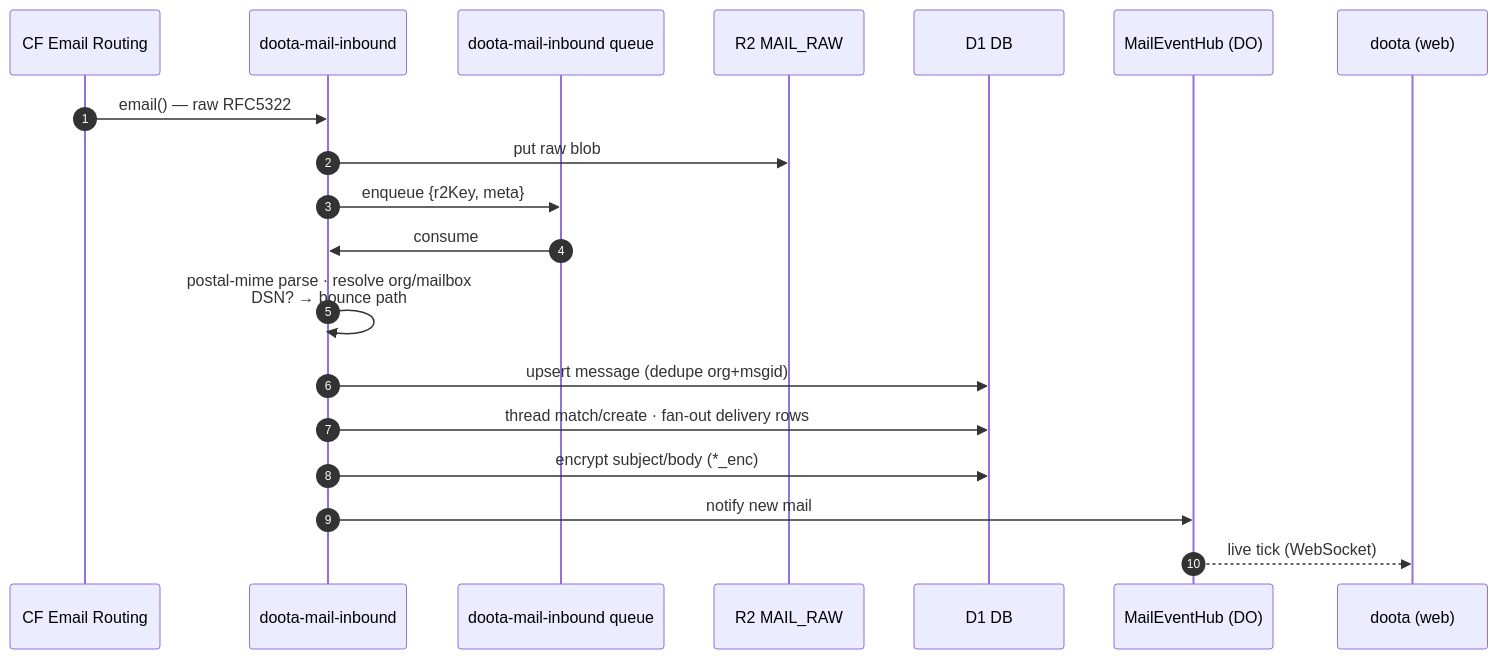
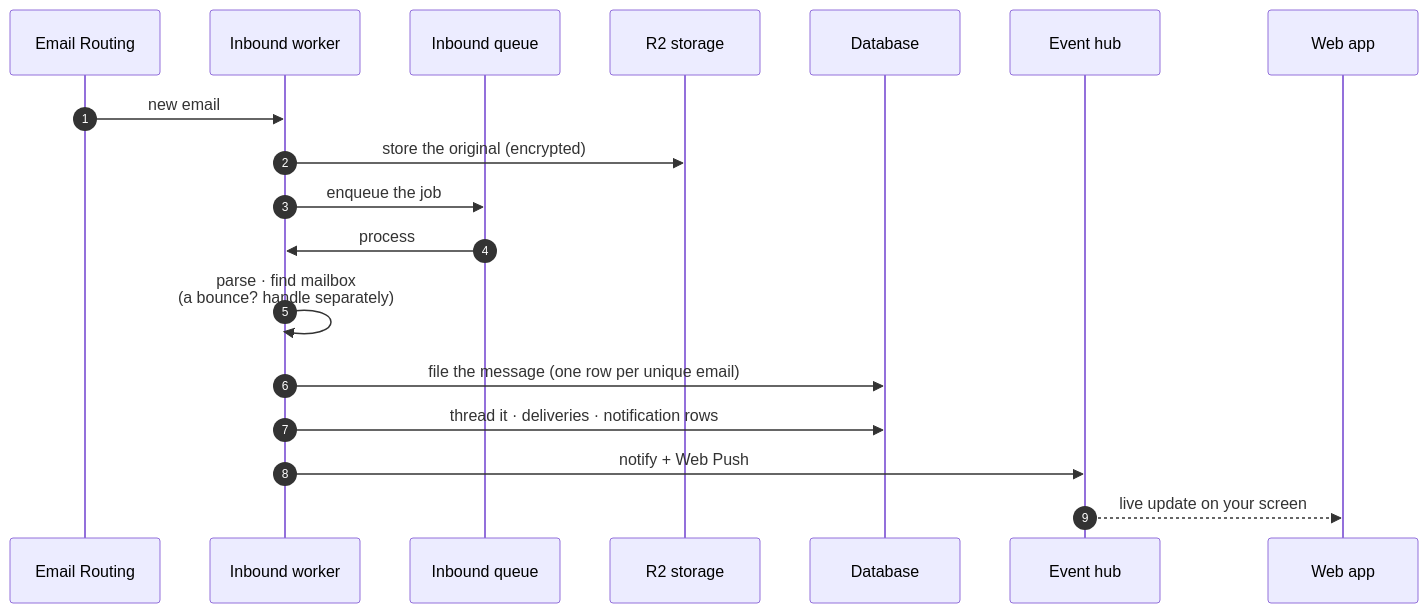
The fourth of 6 diagrams in apps/docs/src/content/docs/reference/architecture-diagrams.md (etherCorps/doota), drawn with Mermaid before and after one commit. The commit also changed other lines of this file and 15 other files, not shown here.

First line of the commit message:
docs: rewrite internal docs current + refresh public docs with logo'd architecture

````diff
--- a/apps/docs/src/content/docs/reference/architecture-diagrams.md
+++ b/apps/docs/src/content/docs/reference/architecture-diagrams.md
@@ -404,22 +490,21 @@
 ```mermaid
 sequenceDiagram
     autonumber
-    participant CF as CF Email Routing
-    participant IN as doota-mail-inbound
-    participant Q as doota-mail-inbound queue
-    participant R2 as R2 MAIL_RAW
-    participant D1 as D1 DB
-    participant HUB as MailEventHub (DO)
-    participant WEB as doota (web)
+    participant CF as Email Routing
+    participant IN as Inbound worker
+    participant Q as Inbound queue
+    participant R2 as R2 storage
+    participant D1 as Database
+    participant HUB as Event hub
+    participant WEB as Web app
 
-    CF->>IN: email() — raw RFC5322
-    IN->>R2: put raw blob
-    IN->>Q: enqueue {r2Key, meta}
-    Q->>IN: consume
-    IN->>IN: postal-mime parse · resolve org/mailbox<br/>DSN? → bounce path
-    IN->>D1: upsert message (dedupe org+msgid)
-    IN->>D1: thread match/create · fan-out delivery rows
-    IN->>D1: encrypt subject/body (*_enc)
-    IN->>HUB: notify new mail
-    HUB-->>WEB: live tick (WebSocket)
+    CF->>IN: new email
+    IN->>R2: store the original (encrypted)
+    IN->>Q: enqueue the job
+    Q->>IN: process
+    IN->>IN: parse · find mailbox<br/>(a bounce? handle separately)
+    IN->>D1: file the message (one row per unique email)
+    IN->>D1: thread it · deliveries · notification rows
+    IN->>HUB: notify + Web Push
+    HUB-->>WEB: live update on your screen
 ```
````
